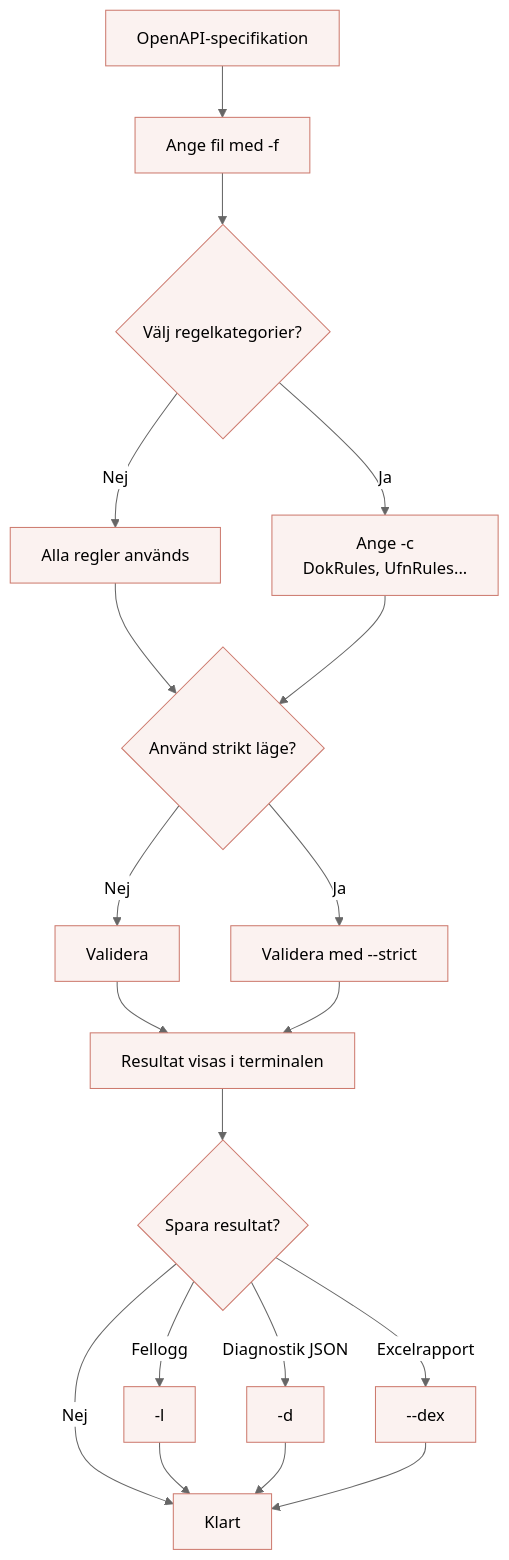
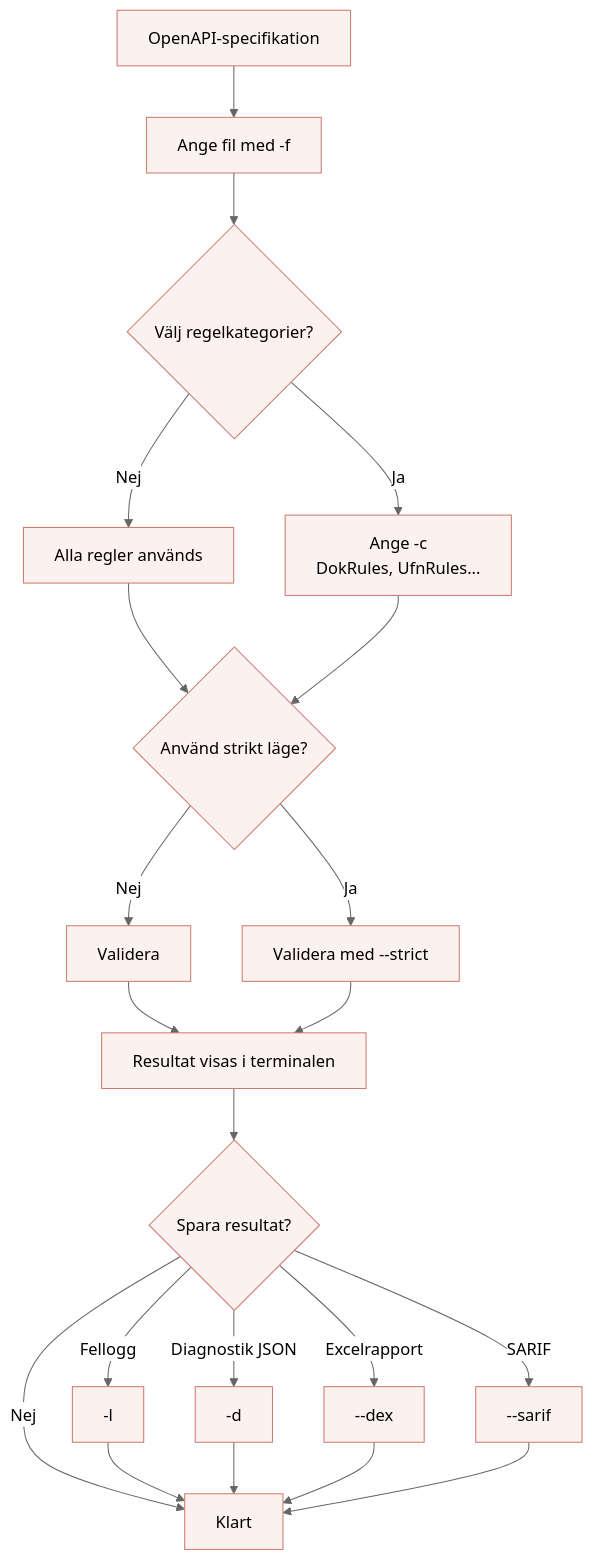
The first of 2 diagrams in README.md (diggsweden/rest-api-profil-lint-processor), drawn with Mermaid before and after one commit. The commit also changed other lines of this file and 5 other files, not shown here.

````diff
--- a/README.md
+++ b/README.md
@@ -423,44 +442,46 @@
 ```mermaid
 %%{init: {
   "theme": "base",
   "themeVariables": {
     "primaryColor": "#fbf2f0",
     "primaryTextColor": "#000",
     "primaryBorderColor": "#cd7a6e",
     "lineColor": "#666",
     "secondaryColor": "#ffffff",
     "tertiaryColor": "#ffffff"
   }
 }}%%
 flowchart TD
 
     A["OpenAPI-specifikation"]
 
     A --> B["Ange fil med -f"]
 
     B --> C{Välj regelkategorier?}
 
     C -->|Nej| D["Alla regler används"]
     C -->|Ja| E["Ange -c <br> DokRules, UfnRules..."]
 
     D --> F{Använd strikt läge?}
     E --> F
 
     F -->|Nej| G["Validera"]
     F -->|Ja| H["Validera med --strict"]
 
     G --> I["Resultat visas i terminalen"]
     H --> I
 
     I --> J{Spara resultat?}
 
     J -->|Nej| K["Klart"]
 
     J -->|Fellogg| L["-l <fil>"]
     J -->|Diagnostik JSON| M["-d <fil>"]
     J -->|Excelrapport| N["--dex"]
+    J -->|SARIF| O["--sarif <fil>"]
 
     L --> K
     M --> K
     N --> K
+    O --> K
 ```
````
